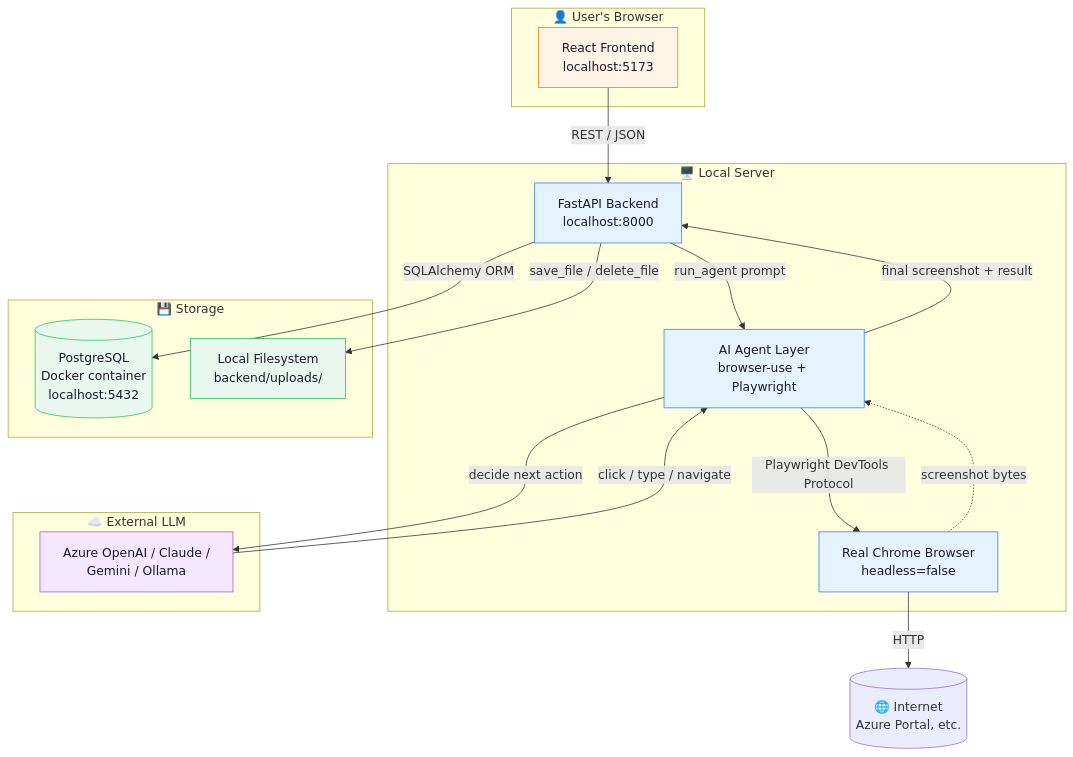
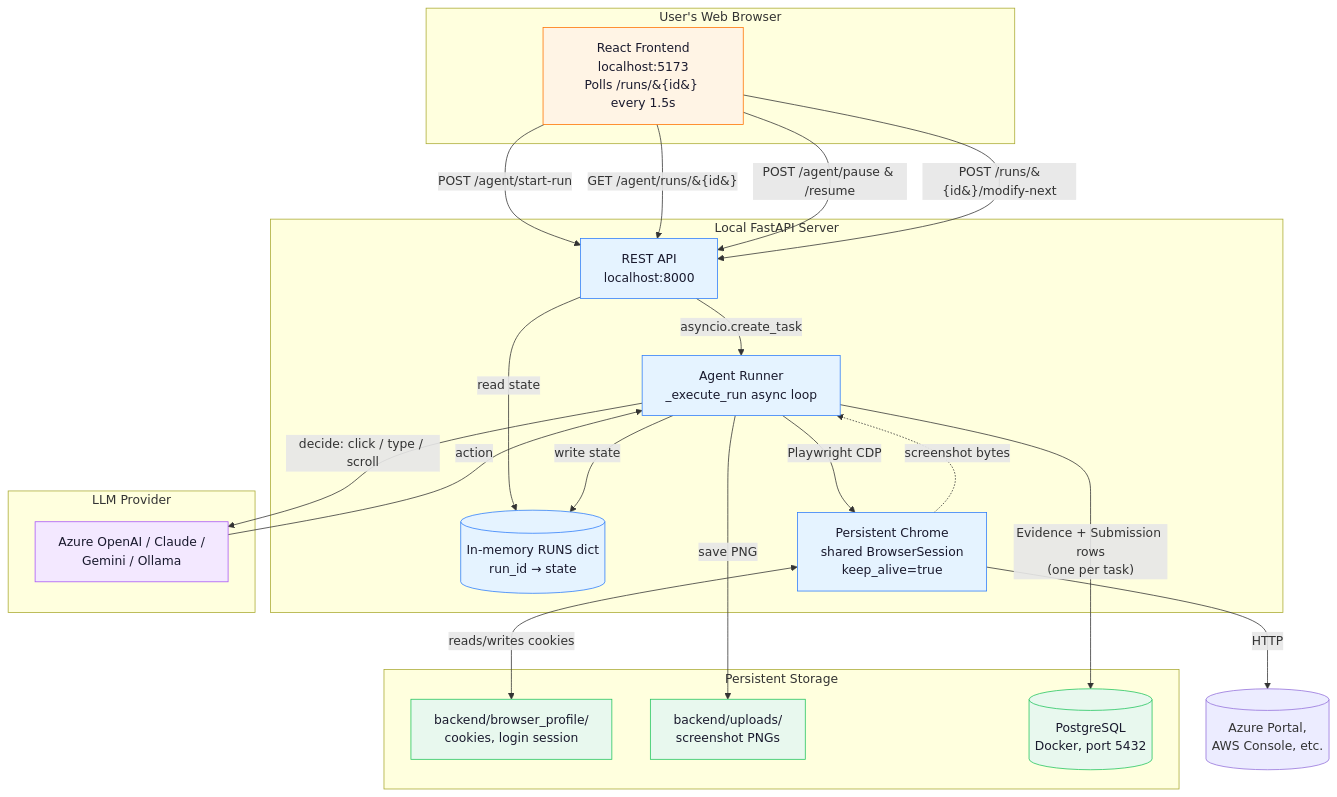
The first of 14 diagrams in README.md (chala2001/compliance-evidence-portal), drawn with Mermaid before and after one commit. The commit also changed other lines of this file and 6 other files, not shown here.

````diff
--- a/README.md
+++ b/README.md
@@ -55,42 +60,52 @@
 ```mermaid
 graph TB
-    subgraph Browser["👤 User's Browser"]
-        UI[React Frontend<br/>localhost:5173]
+    subgraph Browser["User's Web Browser"]
+        UI[React Frontend<br/>localhost:5173<br/>Polls /runs/&#123;id&#125; every 1.5s]
     end
 
-    subgraph Server["🖥️ Local Server"]
-        API[FastAPI Backend<br/>localhost:8000]
-        Agent[AI Agent Layer<br/>browser-use + Playwright]
-        Chrome[Real Chrome Browser<br/>headless=false]
+    subgraph Server["Local FastAPI Server"]
+        API[REST API<br/>localhost:8000]
+        RunStore[(In-memory RUNS dict<br/>run_id → state)]
+        Runner[Agent Runner<br/>_execute_run async loop]
+        Chrome[Persistent Chrome<br/>shared BrowserSession<br/>keep_alive=true]
     end
 
-    subgraph Storage["💾 Storage"]
-        DB[(PostgreSQL<br/>Docker container<br/>localhost:5432)]
-        Disk[Local Filesystem<br/>backend/uploads/]
+    subgraph Storage["Persistent Storage"]
+        Profile[backend/browser_profile/<br/>cookies, login session]
+        Disk[backend/uploads/<br/>screenshot PNGs]
+        DB[(PostgreSQL<br/>Docker, port 5432)]
     end
 
-    subgraph Cloud["☁️ External LLM"]
+    subgraph Cloud["LLM Provider"]
         LLM[Azure OpenAI / Claude /<br/>Gemini / Ollama]
     end
 
-    UI -->|REST / JSON| API
-    API -->|SQLAlchemy ORM| DB
-    API -->|save_file / delete_file| Disk
-    API -->|run_agent prompt| Agent
-    Agent -->|"decide next action"| LLM
-    LLM -->|"click / type / navigate"| Agent
-    Agent -->|Playwright DevTools Protocol| Chrome
-    Chrome -->|HTTP| Internet[(🌐 Internet<br/>Azure Portal, etc.)]
-    Chrome -.->|screenshot bytes| Agent
-    Agent -->|"final screenshot + result"| API
+    UI -->|POST /agent/start-run| API
+    UI -->|GET /agent/runs/&#123;id&#125;| API
+    UI -->|POST /agent/pause &amp; /resume| API
+    UI -->|POST /runs/&#123;id&#125;/modify-next| API
+
+    API -->|asyncio.create_task| Runner
+    API -->|read state| RunStore
+    Runner -->|write state| RunStore
+
+    Runner -->|Playwright CDP| Chrome
+    Chrome <-->|reads/writes cookies| Profile
+    Chrome -->|HTTP| Internet[("Azure Portal,<br/>AWS Console, etc.")]
+    Chrome -.->|screenshot bytes| Runner
+    Runner -->|save PNG| Disk
+    Runner -->|"Evidence + Submission rows<br/>(one per task)"| DB
+
+    Runner -->|"decide: click / type / scroll"| LLM
+    LLM -->|action| Runner
 
     classDef browser fill:#FFF4E5,stroke:#FF7300,color:#1a1a2e
     classDef server fill:#E5F3FF,stroke:#2E7DFA,color:#1a1a2e
     classDef storage fill:#E8F8EE,stroke:#22C55E,color:#1a1a2e
     classDef cloud fill:#F3E8FF,stroke:#A855F7,color:#1a1a2e
 
     class UI browser
-    class API,Agent,Chrome server
-    class DB,Disk storage
+    class API,Runner,Chrome,RunStore server
+    class DB,Disk,Profile storage
     class LLM cloud
 ```
````
